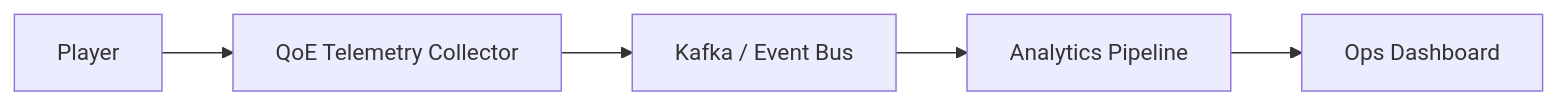
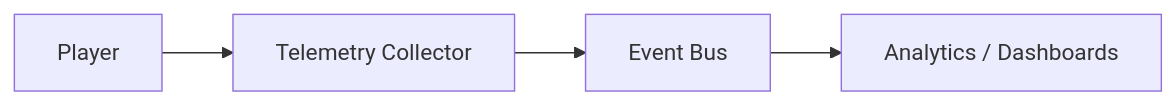
Before and after one commit to gojosatoru123-ux/CacheU: the tenth of 11 diagrams in src/content/design-a-live-streaming-service.md, drawn with Mermaid. The commit also changed other lines of this file and 17 other files, not shown here.

````diff
--- a/src/content/design-a-live-streaming-service.md
+++ b/src/content/design-a-live-streaming-service.md
@@ -942,7 +996,6 @@
 ```mermaid
 flowchart LR
-    Player --> Telemetry[QoE Telemetry Collector]
-    Telemetry --> Stream[Kafka / Event Bus]
-    Stream --> Analytics[Analytics Pipeline]
-    Analytics --> Dashboard[Ops Dashboard]
+    Player --> Telemetry[Telemetry Collector]
+    Telemetry --> Bus[Event Bus]
+    Bus --> Metrics[Analytics / Dashboards]
 ```
````
